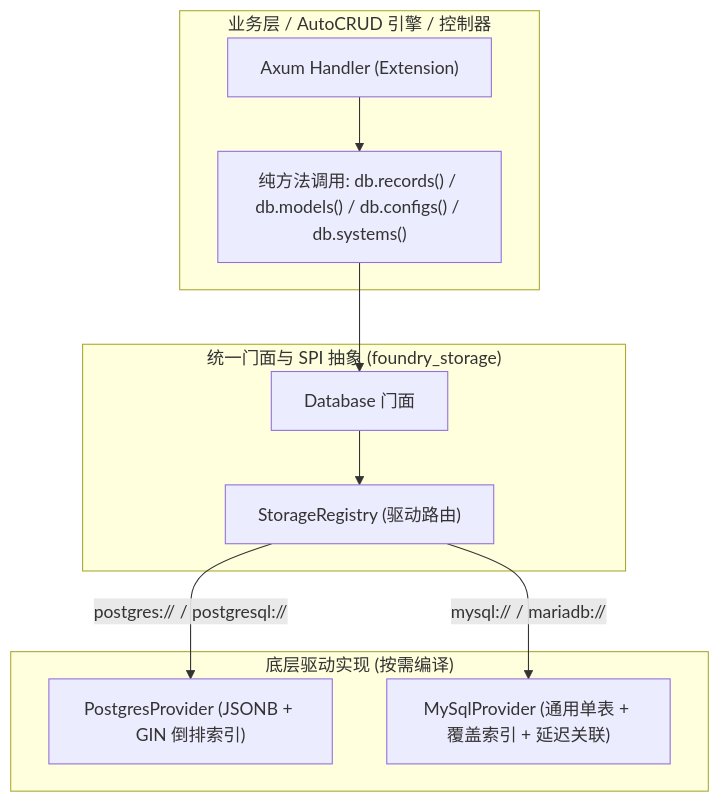
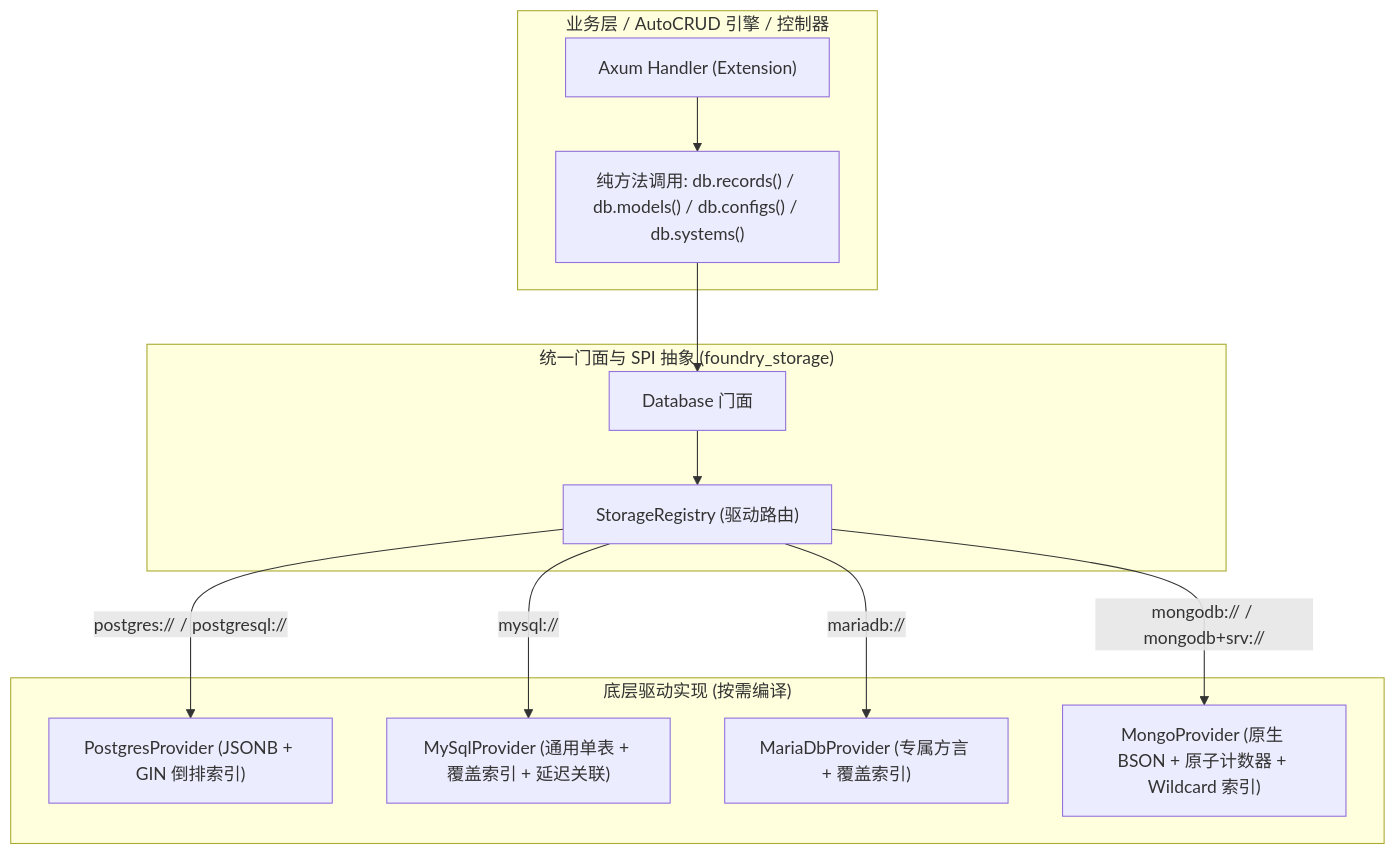
Before and after one commit to FoundKit/foundry: the diagram in docs/src/content/docs/zh/guides/database.md, drawn with Mermaid. The commit also changed other lines of this file and 35 other files, not shown here.

First line of the commit message:
feat(storage): 新增 MariaDB 与 MongoDB 存储引擎支持

````diff
--- a/docs/src/content/docs/zh/guides/database.md
+++ b/docs/src/content/docs/zh/guides/database.md
@@ -16,18 +22,20 @@
 ```mermaid
 flowchart TD
     subgraph AppLayer ["业务层 / AutoCRUD 引擎 / 控制器"]
         Handler["Axum Handler (Extension<AppState>)"]
         Call["纯方法调用: db.records() / db.models() / db.configs() / db.systems()"]
         Handler --> Call
     end
 
     subgraph FacadeLayer ["统一门面与 SPI 抽象 (foundry_storage)"]
         Call --> Facade["Database 门面"]
         Facade --> Registry["StorageRegistry (驱动路由)"]
     end
 
     subgraph Engines ["底层驱动实现 (按需编译)"]
         Registry -->|"postgres:// / postgresql://"| PgEngine["PostgresProvider (JSONB + GIN 倒排索引)"]
-        Registry -->|"mysql:// / mariadb://"| MySqlEngine["MySqlProvider (通用单表 + 覆盖索引 + 延迟关联)"]
+        Registry -->|"mysql://"| MySqlEngine["MySqlProvider (通用单表 + 覆盖索引 + 延迟关联)"]
+        Registry -->|"mariadb://"| MariaEngine["MariaDbProvider (专属方言 + 覆盖索引)"]
+        Registry -->|"mongodb:// / mongodb+srv://"| MongoEngine["MongoProvider (原生 BSON + 原子计数器 + Wildcard 索引)"]
     end
 ```
````
